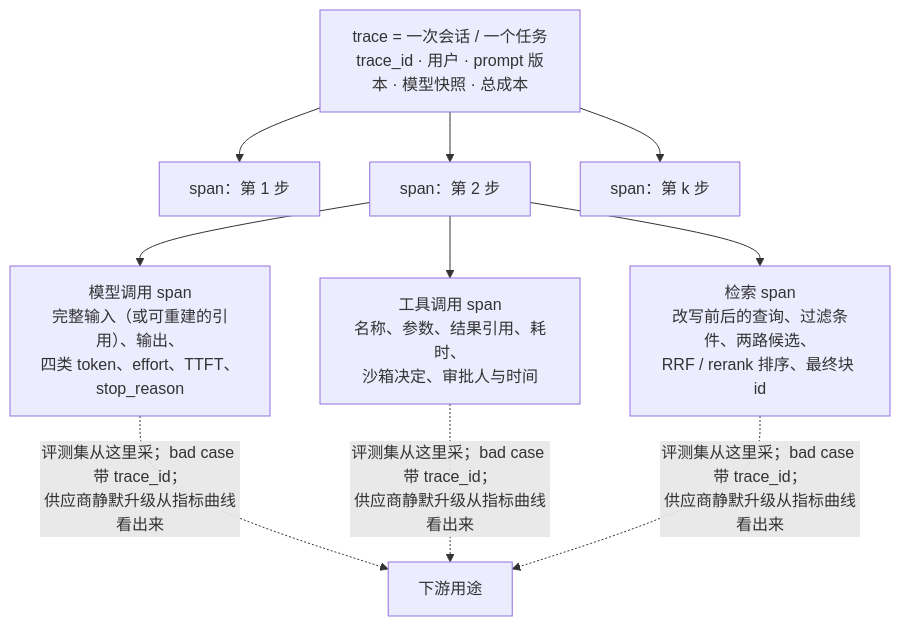
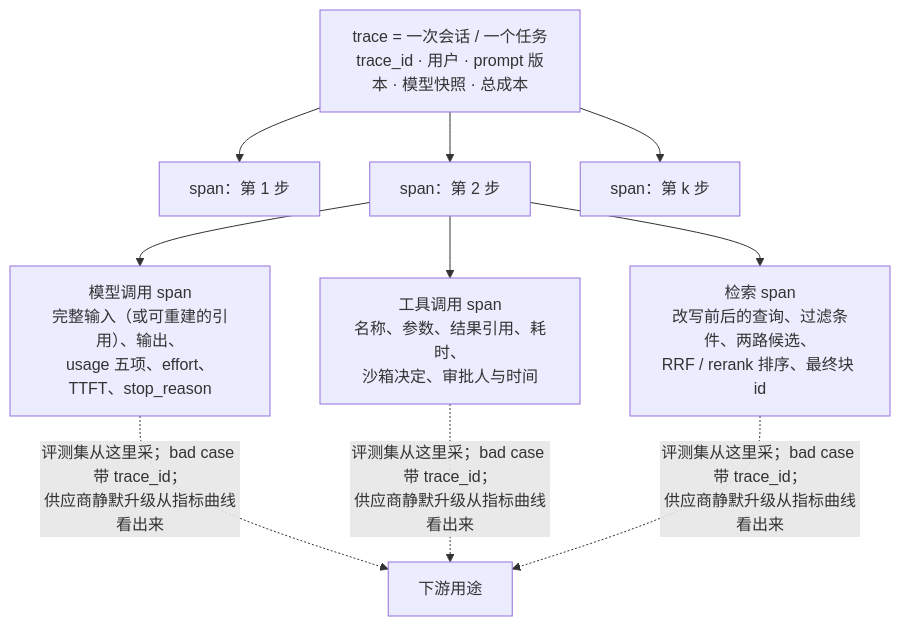
The first of 5 diagrams in _posts/2026-11-04-tracing-spans-opentelemetry-genai-conventions-and-tooling.md (arganzheng/arganzheng.github.com), drawn with Mermaid before and after one commit. The commit also changed other lines of this file, not shown here.

Commit message:
评测与可观测 05：三级 span 树保留缩进树，会话属性补 harness 版本；总览图 token 改为 usage 五项

````diff
--- a/_posts/2026-11-04-tracing-spans-opentelemetry-genai-conventions-and-tooling.md
+++ b/_posts/2026-11-04-tracing-spans-opentelemetry-genai-conventions-and-tooling.md
@@ -22,12 +22,12 @@
 ```mermaid
 %%{init: {"flowchart": {"wrappingWidth": 200}}}%%
 %% 图：trace 的三级树：会话 → 步 → 模型调用 / 工具调用 / 检索 span
 flowchart TB
     T["trace = 一次会话 / 一个任务<br/>trace_id · 用户 · prompt 版本 · 模型快照 · 总成本"]
     T --> S1["span：第 1 步"] & S2["span：第 2 步"] & S3["span：第 k 步"]
-    S2 --> M["模型调用 span<br/>完整输入（或可重建的引用）、输出、<br/>四类 token、effort、TTFT、stop_reason"]
+    S2 --> M["模型调用 span<br/>完整输入（或可重建的引用）、输出、<br/>usage 五项、effort、TTFT、stop_reason"]
     S2 --> TO["工具调用 span<br/>名称、参数、结果引用、耗时、<br/>沙箱决定、审批人与时间"]
     S2 --> RT["检索 span<br/>改写前后的查询、过滤条件、两路候选、<br/>RRF / rerank 排序、最终块 id"]
     M & TO & RT -. "评测集从这里采；bad case 带 trace_id；<br/>供应商静默升级从指标曲线看出来" .-> U["下游用途"]
 
 ```
````
